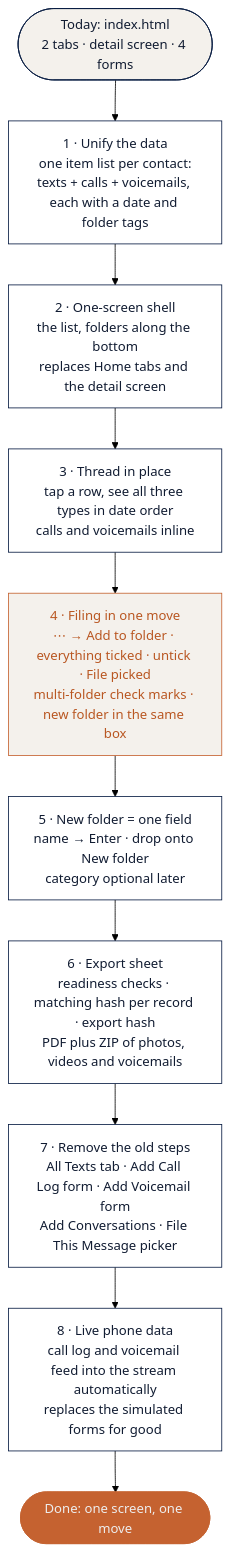
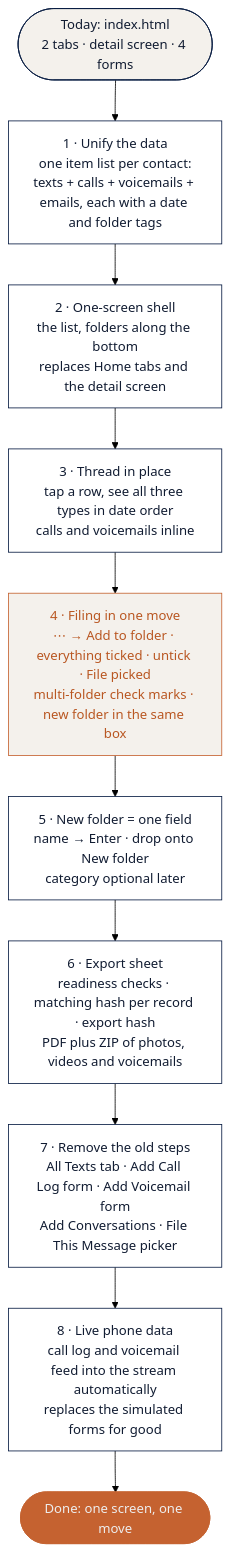
The second of 2 diagrams in v2/PLAN.md (CoachCotner/Recalltext), drawn with Mermaid (forest theme) before and after one commit. The commit also changed other lines of this file and 9 other files, not shown here.

First line of the commit message:
v2: item counts with units, folder manage, unfile, email records, save destinations

````diff
--- a/v2/PLAN.md
+++ b/v2/PLAN.md
@@ -81,21 +86,21 @@
 ```mermaid
 flowchart TD
   A([Today: index.html<br/>2 tabs · detail screen · 4 forms]) --> B
-  B[1 · Unify the data<br/>one item list per contact:<br/>texts + calls + voicemails, each with a date and folder tags]
+  B[1 · Unify the data<br/>one item list per contact:<br/>texts + calls + voicemails + emails, each with a date and folder tags]
   B --> C[2 · One-screen shell<br/>the list, folders along the bottom<br/>replaces Home tabs and the detail screen]
   C --> D[3 · Thread in place<br/>tap a row, see all three types in date order<br/>calls and voicemails inline]
   D --> E[4 · Filing in one move<br/>⋯ → Add to folder · everything ticked · untick · File picked<br/>multi-folder check marks · new folder in the same box]
   E --> F[5 · New folder = one field<br/>name → Enter · drop onto New folder<br/>category optional later]
   F --> J[6 · Export sheet<br/>readiness checks · matching hash per record · export hash<br/>PDF plus ZIP of photos, videos and voicemails]
   J --> K[7 · Remove the old steps<br/>All Texts tab · Add Call Log form · Add Voicemail form<br/>Add Conversations · File This Message picker]
   K --> L[8 · Live phone data<br/>call log and voicemail feed into the stream automatically<br/>replaces the simulated forms for good]
   L --> M([Done: one screen, one move])
   classDef now fill:#F4F1EC,stroke:#071B42,color:#111C32
   classDef step fill:#FFFFFF,stroke:#071B42,color:#111C32
   classDef key fill:#F4F1EC,stroke:#C56230,color:#B95722
   classDef done fill:#C56230,stroke:#C56230,color:#EDEDED
   class A now
   class B,C,D,F,J,K,L step
   class E key
   class M done
 ```
````
